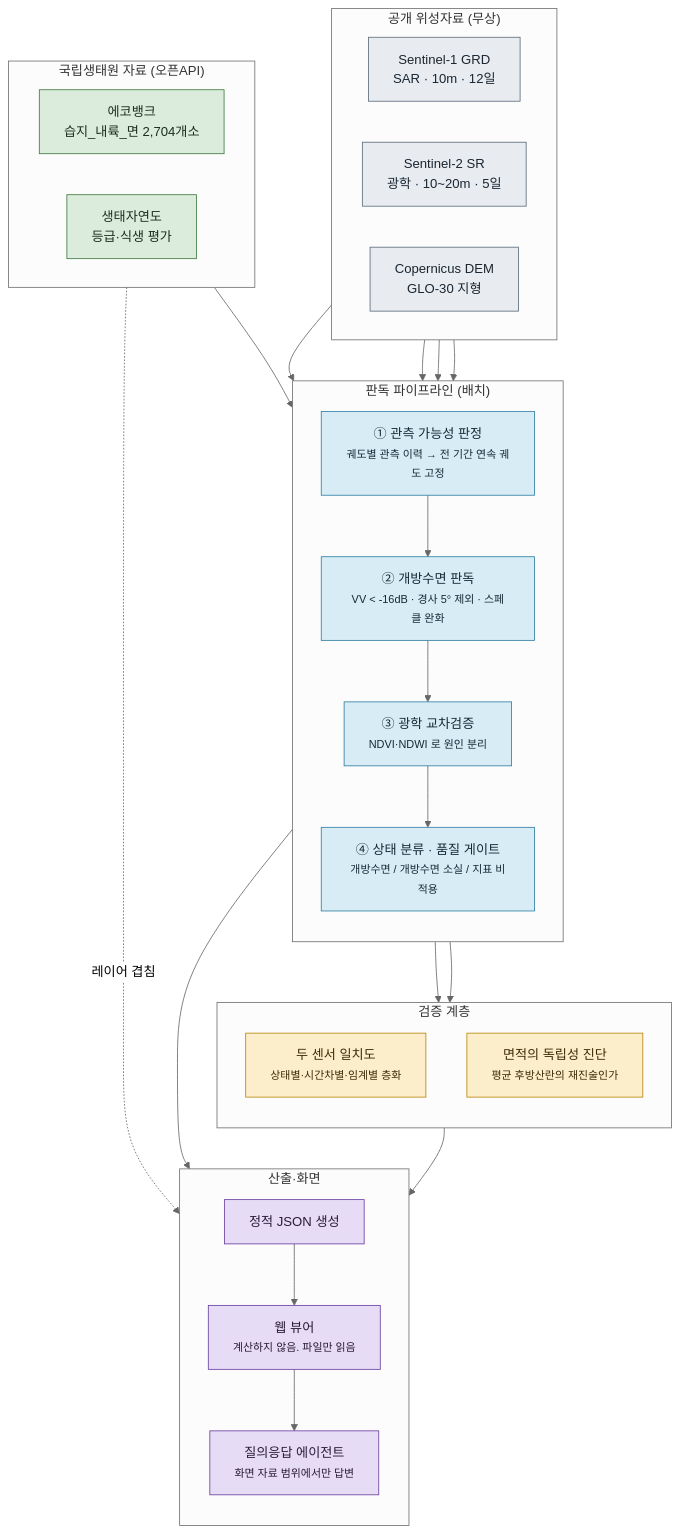
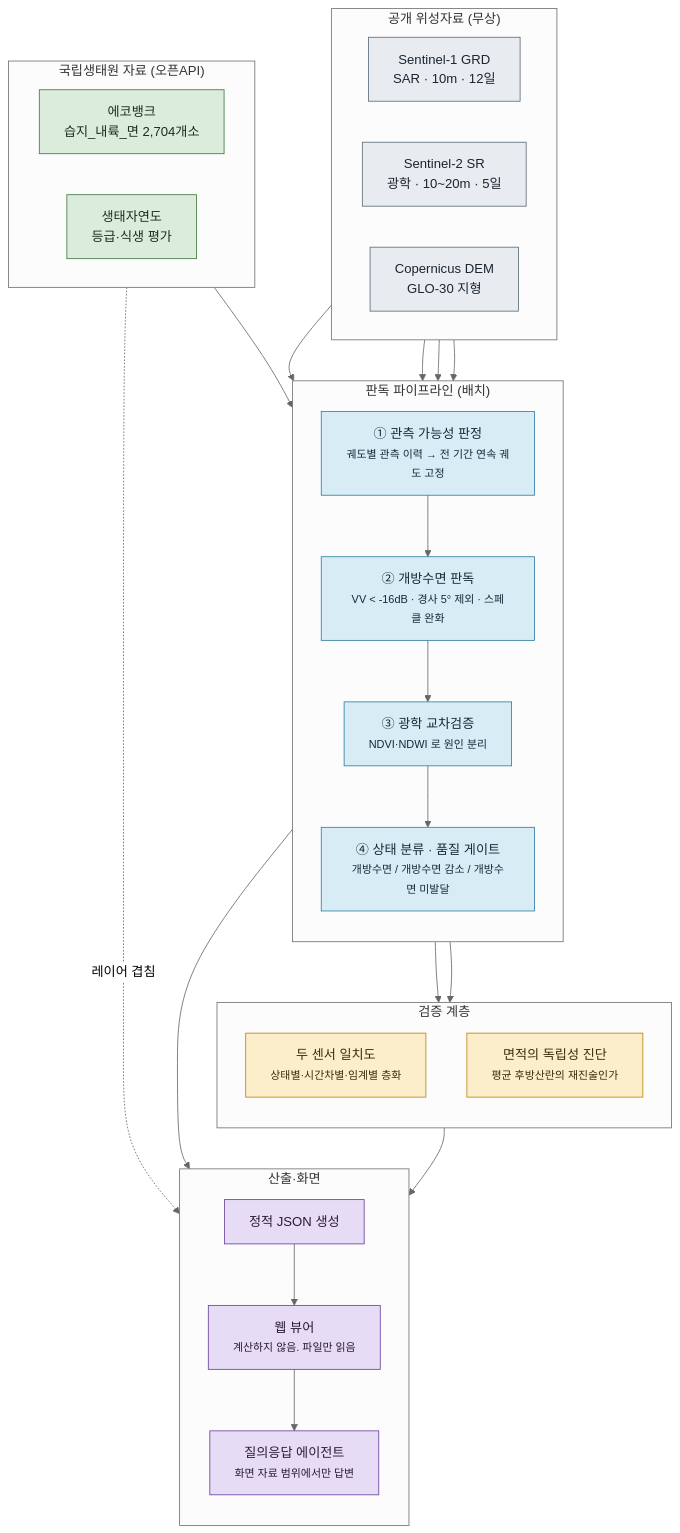
Before and after one commit to tradeprogram/ECO_SCOPE: the diagram in README.md, drawn with Mermaid (neutral theme). The commit also changed other lines of this file and 7 other files, not shown here.

````diff
--- a/README.md
+++ b/README.md
@@ -31,60 +31,60 @@
 ```mermaid
 flowchart TB
     subgraph SRC["공개 위성자료 (무상)"]
         direction LR
         S1["Sentinel-1 GRD<br/>SAR · 10m · 12일"]
         S2["Sentinel-2 SR<br/>광학 · 10~20m · 5일"]
         DEM["Copernicus DEM<br/>GLO-30 지형"]
     end
 
     subgraph NIE["국립생태원 자료 (오픈API)"]
         direction LR
         EB["에코뱅크<br/>습지_내륙_면 2,704개소"]
         EZ["생태자연도<br/>등급·식생 평가"]
     end
 
     subgraph PIPE["판독 파이프라인 (배치)"]
         direction TB
         P0["① 관측 가능성 판정<br/><small>궤도별 관측 이력 → 전 기간 연속 궤도 고정</small>"]
         P1["② 개방수면 판독<br/><small>VV &lt; -16dB · 경사 5° 제외 · 스페클 완화</small>"]
         P2["③ 광학 교차검증<br/><small>NDVI·NDWI 로 원인 분리</small>"]
-        P3["④ 상태 분류 · 품질 게이트<br/><small>개방수면 / 개방수면 소실 / 지표 비적용</small>"]
+        P3["④ 상태 분류 · 품질 게이트<br/><small>개방수면 / 개방수면 감소 / 개방수면 미발달</small>"]
         P0 --> P1 --> P2 --> P3
     end
 
     subgraph VAL["검증 계층"]
         direction TB
         V1["두 센서 일치도<br/><small>상태별·시간차별·임계별 층화</small>"]
         V2["면적의 독립성 진단<br/><small>평균 후방산란의 재진술인가</small>"]
     end
 
     subgraph OUT["산출·화면"]
         direction TB
         B1["정적 JSON 생성"]
         U1["웹 뷰어<br/><small>계산하지 않음. 파일만 읽음</small>"]
         AG["질의응답 에이전트<br/><small>화면 자료 범위에서만 답변</small>"]
         B1 --> U1 --> AG
     end
 
     EB --> PIPE
     S1 --> P0
     S1 --> P1
     S2 --> P2
     DEM --> P1
     P3 --> V1
     P3 --> V2
     P3 --> B1
     V1 --> B1
     EZ -.레이어 겹침.-> U1
 
     classDef src fill:#e8ecf1,stroke:#5c6b7a,color:#1a2530
     classDef nie fill:#dcecdc,stroke:#3f7a3f,color:#1a2e1a
     classDef pipe fill:#d8ecf5,stroke:#2f7ea3,color:#122b36
     classDef val fill:#fdeecb,stroke:#b8860b,color:#3a2c05
     classDef out fill:#e6dcf5,stroke:#6a3fa0,color:#2a1a3a
     class S1,S2,DEM src
     class EB,EZ nie
     class P0,P1,P2,P3 pipe
     class V1,V2 val
     class B1,U1,AG out
 ```
````
